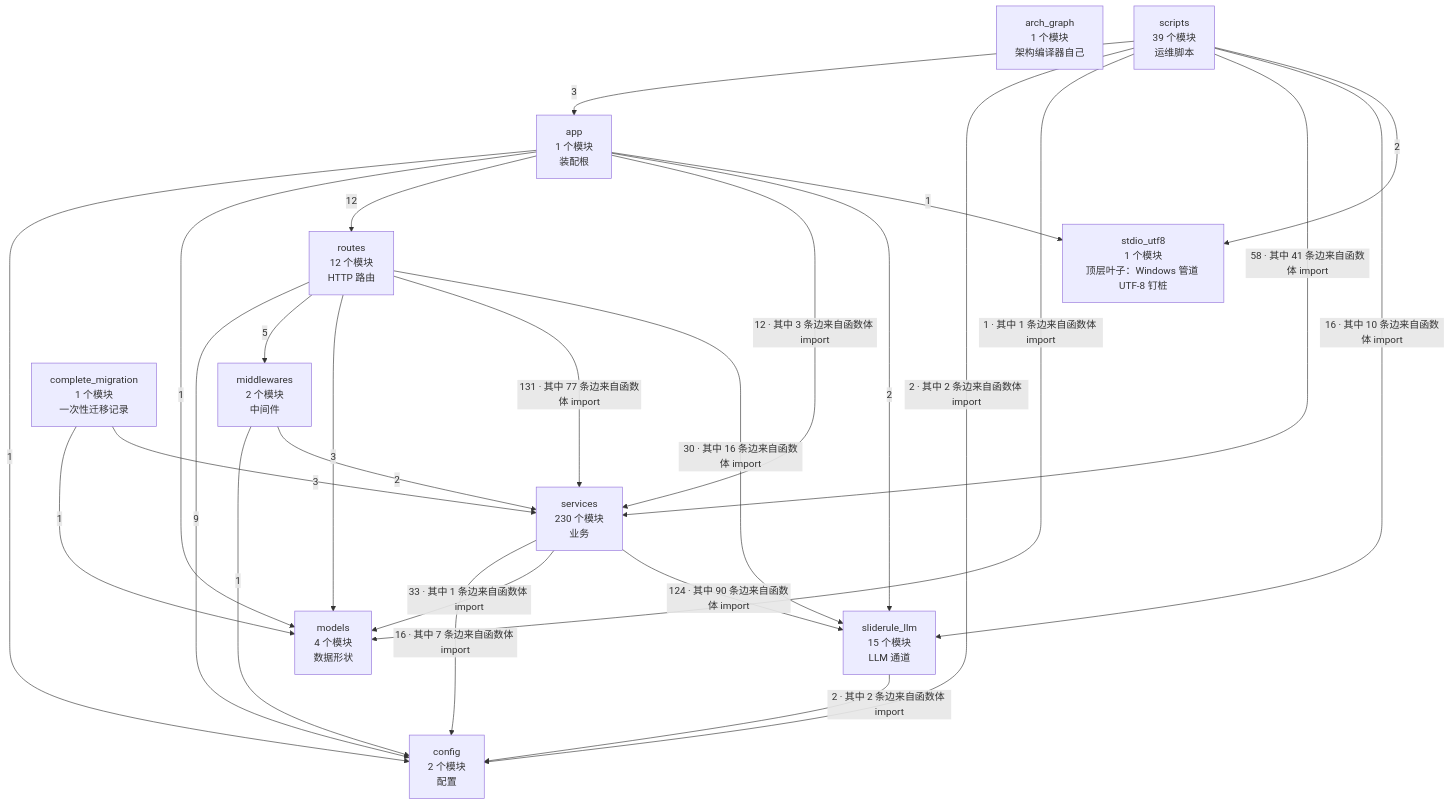
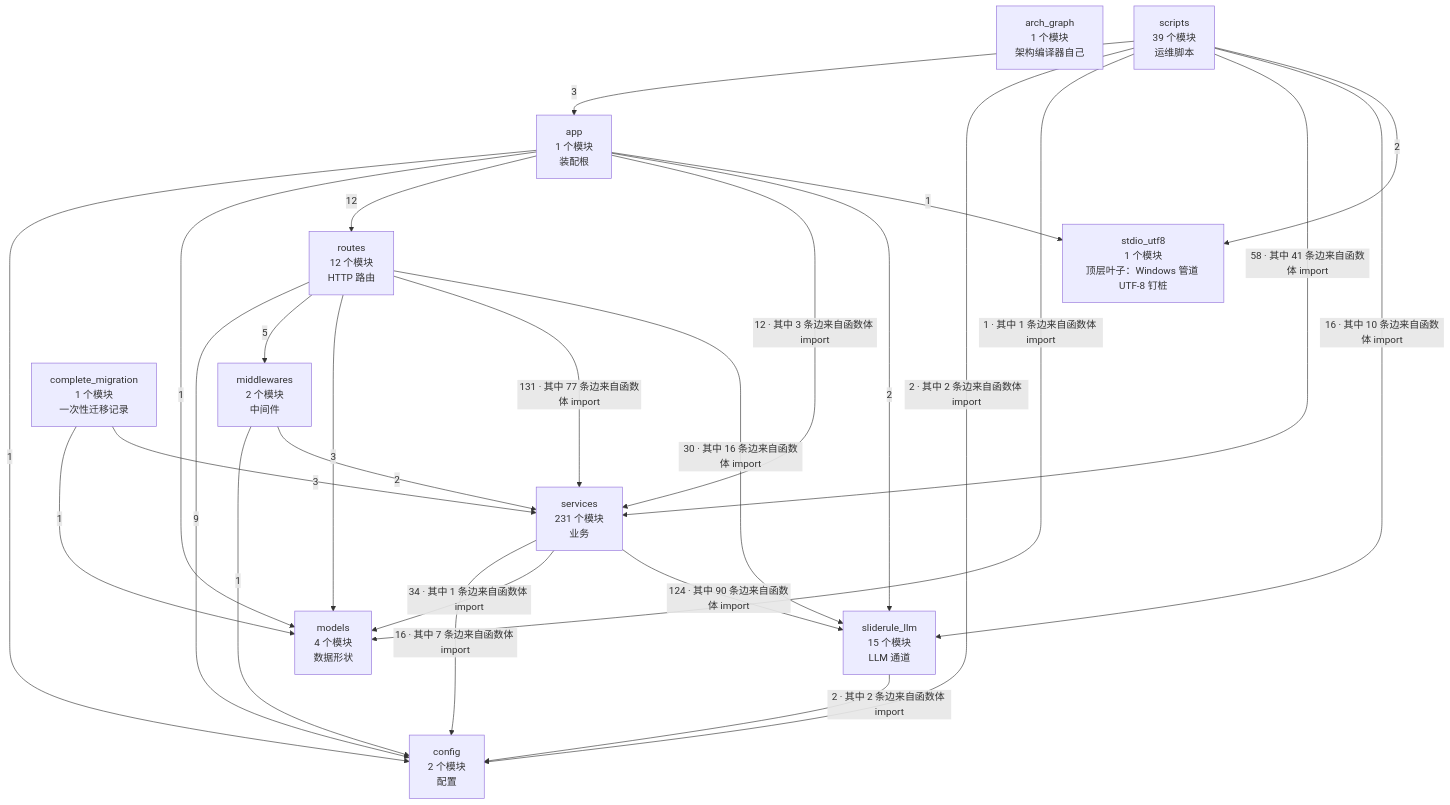
Before and after one commit to 2686521696/WhyBuddy: the second of 4 diagrams in docs/SlideRule V6.2 架构图（自动生成）.md, drawn with Mermaid. The commit also changed other lines of this file and 7 other files, not shown here.

````diff
--- a/docs/SlideRule V6.2 架构图（自动生成）.md
+++ b/docs/SlideRule V6.2 架构图（自动生成）.md
@@ -62,39 +62,39 @@
 ```mermaid
 flowchart TB
   arch_graph["arch_graph<br/>1 个模块<br/>架构编译器自己"]
   config["config<br/>2 个模块<br/>配置"]
   models["models<br/>4 个模块<br/>数据形状"]
   stdio_utf8["stdio_utf8<br/>1 个模块<br/>顶层叶子：Windows 管道 UTF-8 钉桩"]
   sliderule_llm["sliderule_llm<br/>15 个模块<br/>LLM 通道"]
   middlewares["middlewares<br/>2 个模块<br/>中间件"]
-  services["services<br/>230 个模块<br/>业务"]
+  services["services<br/>231 个模块<br/>业务"]
   routes["routes<br/>12 个模块<br/>HTTP 路由"]
   app["app<br/>1 个模块<br/>装配根"]
   complete_migration["complete_migration<br/>1 个模块<br/>一次性迁移记录"]
   scripts["scripts<br/>39 个模块<br/>运维脚本"]
   app -->|1| config
   app -->|1| models
   app -->|12| routes
   app -->|12 · 其中 3 条边来自函数体 import| services
   app -->|2| sliderule_llm
   app -->|1| stdio_utf8
   complete_migration -->|1| models
   complete_migration -->|3| services
   middlewares -->|1| config
   middlewares -->|2| services
   routes -->|9| config
   routes -->|5| middlewares
   routes -->|3| models
   routes -->|131 · 其中 77 条边来自函数体 import| services
   routes -->|30 · 其中 16 条边来自函数体 import| sliderule_llm
   scripts -->|3| app
   scripts -->|2 · 其中 2 条边来自函数体 import| config
   scripts -->|1 · 其中 1 条边来自函数体 import| models
   scripts -->|58 · 其中 41 条边来自函数体 import| services
   scripts -->|16 · 其中 10 条边来自函数体 import| sliderule_llm
   scripts -->|2| stdio_utf8
   services -->|16 · 其中 7 条边来自函数体 import| config
-  services -->|33 · 其中 1 条边来自函数体 import| models
+  services -->|34 · 其中 1 条边来自函数体 import| models
   services -->|124 · 其中 90 条边来自函数体 import| sliderule_llm
   sliderule_llm -->|2 · 其中 2 条边来自函数体 import| config
 ```
````
